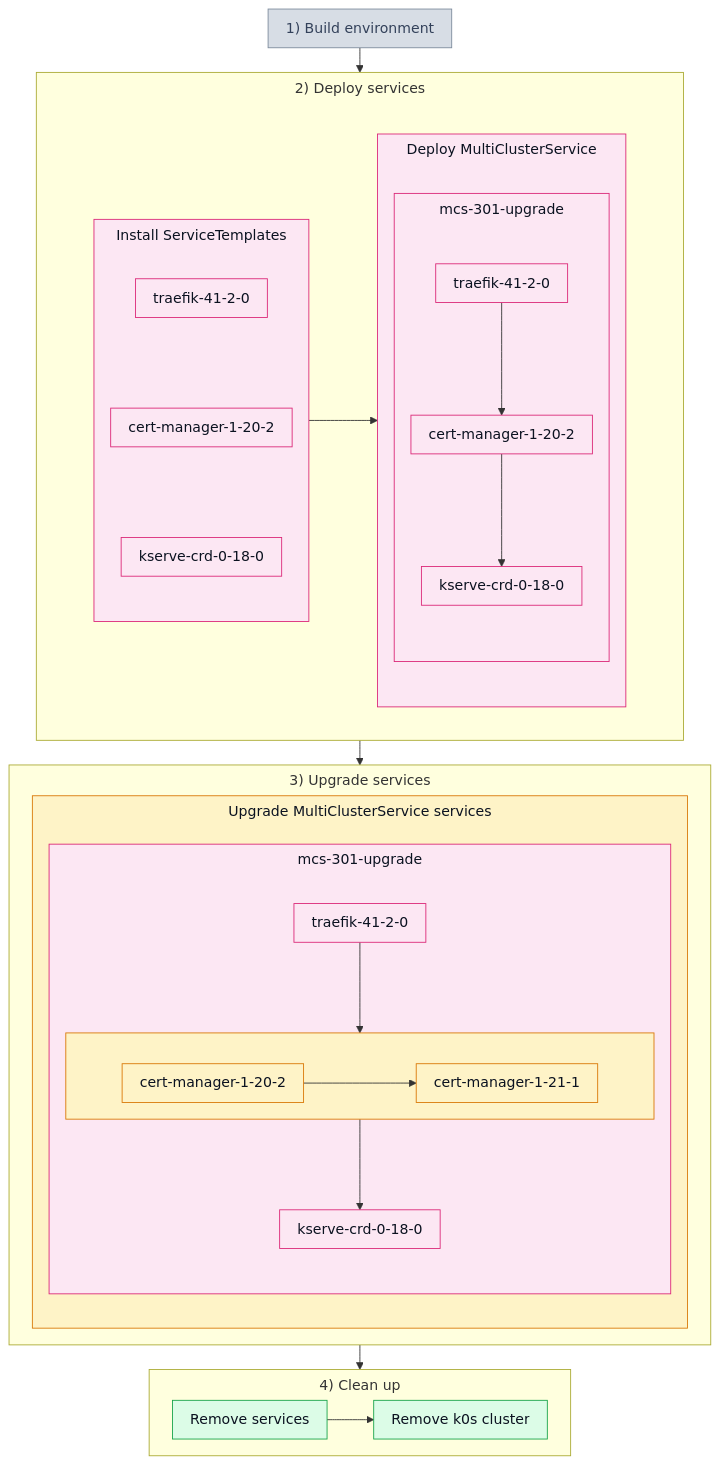
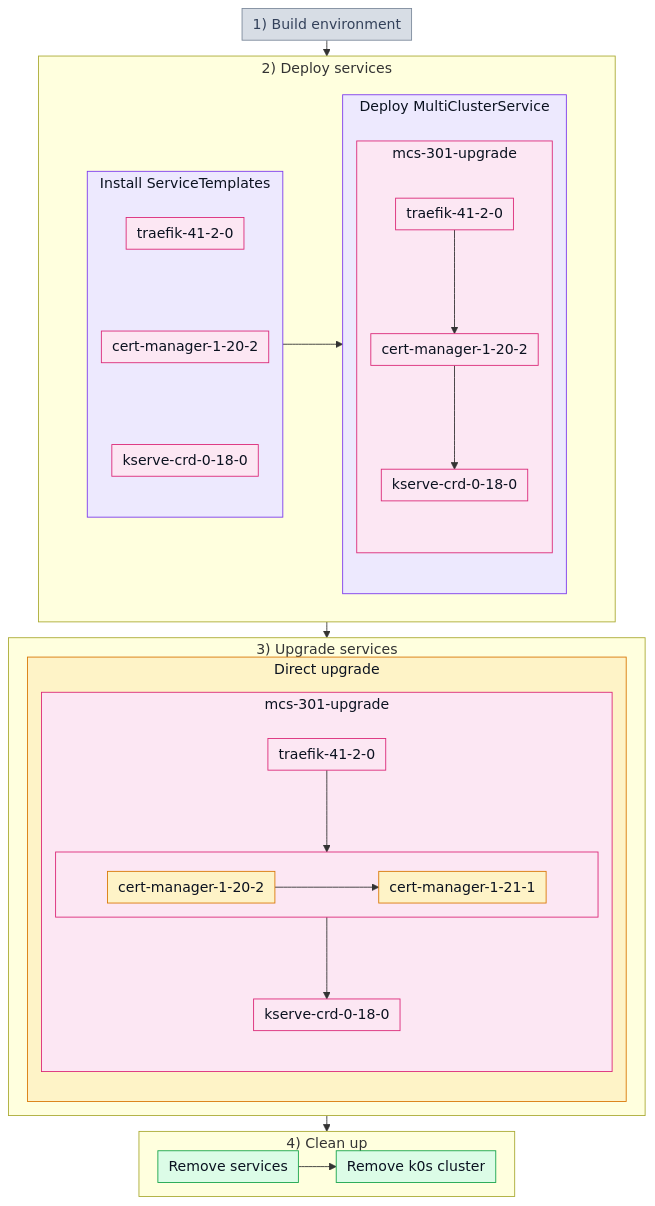
One commit to josef-hak/ksm-tests changed the diagram in test_scenarios/301_upgrade.md. Above: the diagram before and after it, drawn with Mermaid.

Commit message:
docs: README phase colours, direct upgrade title, tighter spacing

````diff
--- a/test_scenarios/301_upgrade.md
+++ b/test_scenarios/301_upgrade.md
@@ -21,62 +21,64 @@
 ```mermaid
-%%{init: {'flowchart': {'padding': 10, 'nodeSpacing': 18, 'rankSpacing': 28, 'subGraphTitleMargin': {'top': 6, 'bottom': 10}}}}%%
+%%{init: {'flowchart': {'diagramPadding': 4, 'padding': 6, 'nodeSpacing': 12, 'rankSpacing': 18, 'subGraphTitleMargin': {'top': 2, 'bottom': 4}}}}%%
 flowchart TB
     P1["1) Build environment"]
 
     subgraph P2["2) Deploy services"]
         subgraph W2[" "]
             direction LR
             subgraph D1["Install ServiceTemplates"]
                 direction TB
                 T1["traefik-41-2-0"] ~~~ T2["cert-manager-1-20-2"] ~~~ T3["kserve-crd-0-18-0"]
             end
 
             subgraph D2["Deploy MultiClusterService"]
                 subgraph DM["mcs-301-upgrade"]
                     direction TB
                     M1["traefik-41-2-0"] --> M2["cert-manager-1-20-2"] --> M3["kserve-crd-0-18-0"]
                 end
             end
 
             D1 --> D2
         end
     end
 
     subgraph P3["3) Upgrade services"]
-        subgraph U1["Upgrade MultiClusterService services"]
+        subgraph U1["Direct upgrade"]
             subgraph UM["mcs-301-upgrade"]
                 direction TB
                 V1["traefik-41-2-0"] --> UC
 
                 %% Own left-to-right box, the only way to keep the two versions
                 %% on one row: an arrow between them would rank 1.21.1 lower.
                 %% Linked box to box, not node to node -- a node reaching out of
                 %% a subgraph makes mermaid drop its direction.
                 subgraph UC[" "]
                     direction LR
                     V2["cert-manager-1-20-2"] --> V4["cert-manager-1-21-1"]
                 end
 
                 UC --> V3["kserve-crd-0-18-0"]
             end
         end
     end
 
     subgraph P4["4) Clean up"]
         C1["Remove services"] --> C2["Remove k0s cluster"]
     end
 
     P1 --> P2 --> P3 --> P4
 
     classDef off fill:#d7dde5,stroke:#7c8a9c,color:#33415a
+    classDef purple fill:#ede9fe,stroke:#7c3aed,color:#0b1220
     classDef pink fill:#fce7f3,stroke:#db2777,color:#0b1220
     classDef amber fill:#fef3c7,stroke:#d97706,color:#0b1220
     classDef green fill:#dcfce7,stroke:#16a34a,color:#0b1220
     classDef bare fill:none,stroke:none
 
     class P1 off
-    class D1,D2,DM,T1,T2,T3,M1,M2,M3,UM,V1,V3 pink
-    class U1,UC,V2,V4 amber
+    class D1,D2 purple
+    class DM,T1,T2,T3,M1,M2,M3,UM,UC,V1,V3 pink
+    class U1,V2,V4 amber
     class C1,C2 green
     class W2 bare
 ```
````
